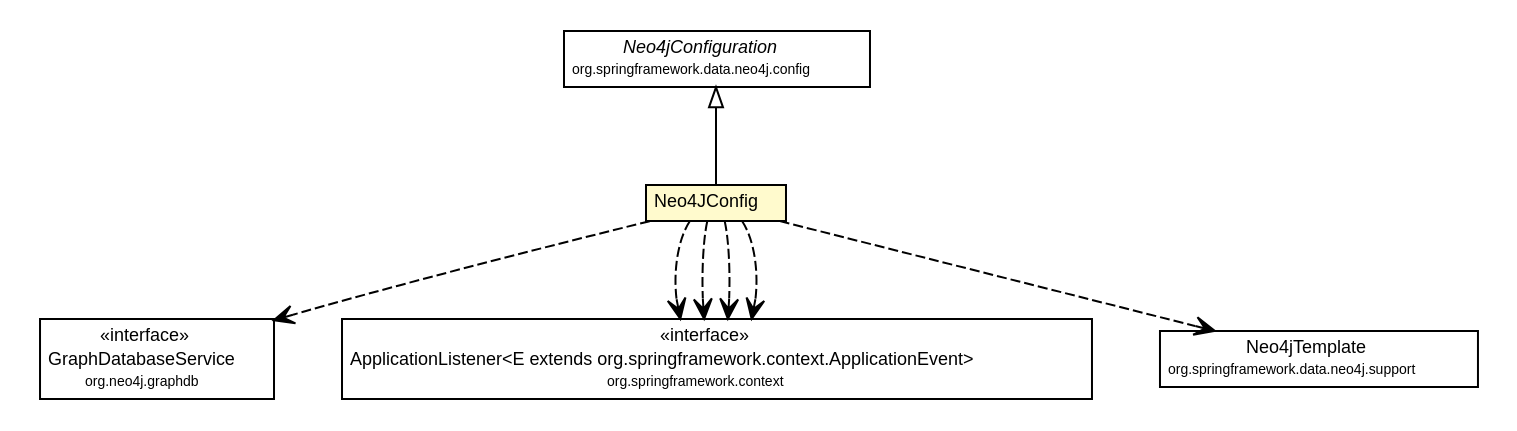
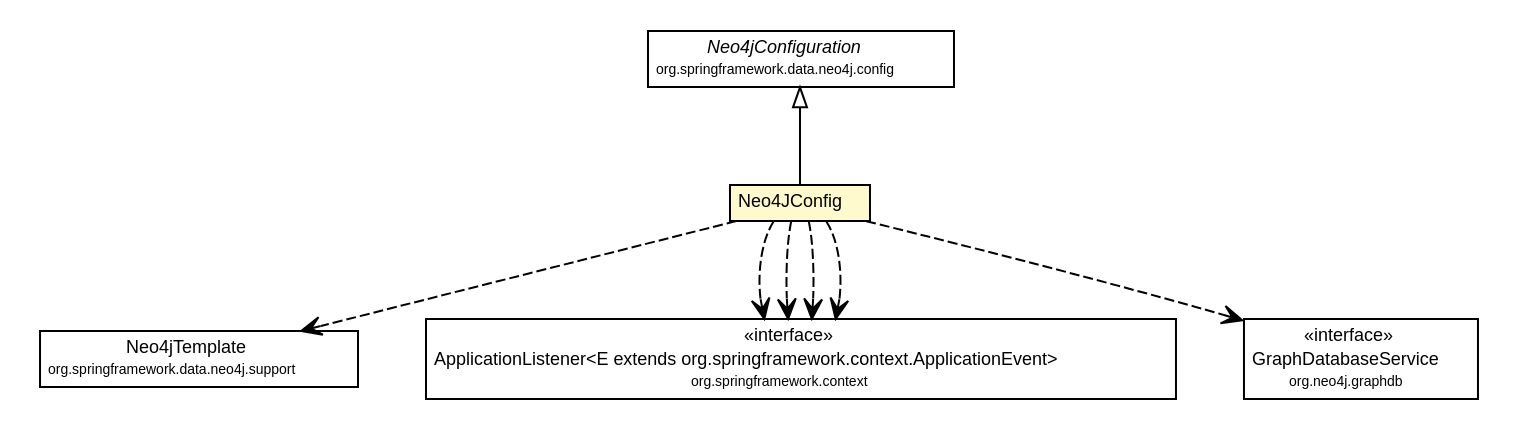
Before and after one commit to willmorejg/net.ljcomputing.ecsr: the diagram in net.ljcomputing.people/docs/javadoc/apidocs/net/ljcomputing/people/config/Neo4JConfig.dot, drawn with Graphviz. The commit also changed 252 other files, not shown here.

```diff
--- a/net.ljcomputing.people/docs/javadoc/apidocs/net/ljcomputing/people/config/Neo4JConfig.dot
+++ b/net.ljcomputing.people/docs/javadoc/apidocs/net/ljcomputing/people/config/Neo4JConfig.dot
@@ -1,62 +1,62 @@
 #!/usr/local/bin/dot
 #
 # Class diagram 
 # Generated by UMLGraph version R5_6 (http://www.umlgraph.org/)
 #
 
 digraph G {
 	edge [fontname="Helvetica",fontsize=10,labelfontname="Helvetica",labelfontsize=10];
 	node [fontname="Helvetica",fontsize=10,shape=plaintext];
 	nodesep=0.25;
 	ranksep=0.5;
 	// net.ljcomputing.people.config.Neo4JConfig
 	c1076 [label=<<table title="net.ljcomputing.people.config.Neo4JConfig" border="0" cellborder="1" cellspacing="0" cellpadding="2" port="p" bgcolor="lemonChiffon" href="./Neo4JConfig.html">
 		<tr><td><table border="0" cellspacing="0" cellpadding="1">
 <tr><td align="center" balign="center"> Neo4JConfig </td></tr>
 		</table></td></tr>
 		</table>>, URL="./Neo4JConfig.html", fontname="Helvetica", fontcolor="black", fontsize=9.0];
 	//net.ljcomputing.people.config.Neo4JConfig extends org.springframework.data.neo4j.config.Neo4jConfiguration
 	c1102:p -> c1076:p [dir=back,arrowtail=empty];
+	// net.ljcomputing.people.config.Neo4JConfig DEPEND org.springframework.data.neo4j.support.Neo4jTemplate
+	c1076:p -> c1127:p [taillabel="", label="", headlabel="", fontname="Helvetica", fontcolor="black", fontsize=10.0, color="black", arrowhead=open, style=dashed];
+	// net.ljcomputing.people.config.Neo4JConfig DEPEND org.springframework.context.ApplicationListener<E extends org.springframework.context.ApplicationEvent>
+	c1076:p -> c1129:p [taillabel="", label="", headlabel="", fontname="Helvetica", fontcolor="black", fontsize=10.0, color="black", arrowhead=open, style=dashed];
+	// net.ljcomputing.people.config.Neo4JConfig DEPEND org.springframework.context.ApplicationListener<E extends org.springframework.context.ApplicationEvent>
+	c1076:p -> c1129:p [taillabel="", label="", headlabel="", fontname="Helvetica", fontcolor="black", fontsize=10.0, color="black", arrowhead=open, style=dashed];
+	// net.ljcomputing.people.config.Neo4JConfig DEPEND org.springframework.context.ApplicationListener<E extends org.springframework.context.ApplicationEvent>
+	c1076:p -> c1129:p [taillabel="", label="", headlabel="", fontname="Helvetica", fontcolor="black", fontsize=10.0, color="black", arrowhead=open, style=dashed];
 	// net.ljcomputing.people.config.Neo4JConfig DEPEND org.neo4j.graphdb.GraphDatabaseService
-	c1076:p -> c1110:p [taillabel="", label="", headlabel="", fontname="Helvetica", fontcolor="black", fontsize=10.0, color="black", arrowhead=open, style=dashed];
-	// net.ljcomputing.people.config.Neo4JConfig DEPEND org.springframework.context.ApplicationListener<E extends org.springframework.context.ApplicationEvent>
-	c1076:p -> c1112:p [taillabel="", label="", headlabel="", fontname="Helvetica", fontcolor="black", fontsize=10.0, color="black", arrowhead=open, style=dashed];
-	// net.ljcomputing.people.config.Neo4JConfig DEPEND org.springframework.context.ApplicationListener<E extends org.springframework.context.ApplicationEvent>
-	c1076:p -> c1112:p [taillabel="", label="", headlabel="", fontname="Helvetica", fontcolor="black", fontsize=10.0, color="black", arrowhead=open, style=dashed];
-	// net.ljcomputing.people.config.Neo4JConfig DEPEND org.springframework.context.ApplicationListener<E extends org.springframework.context.ApplicationEvent>
-	c1076:p -> c1112:p [taillabel="", label="", headlabel="", fontname="Helvetica", fontcolor="black", fontsize=10.0, color="black", arrowhead=open, style=dashed];
-	// net.ljcomputing.people.config.Neo4JConfig DEPEND org.springframework.data.neo4j.support.Neo4jTemplate
 	c1076:p -> c1135:p [taillabel="", label="", headlabel="", fontname="Helvetica", fontcolor="black", fontsize=10.0, color="black", arrowhead=open, style=dashed];
 	// net.ljcomputing.people.config.Neo4JConfig DEPEND org.springframework.context.ApplicationListener<E extends org.springframework.context.ApplicationEvent>
-	c1076:p -> c1112:p [taillabel="", label="", headlabel="", fontname="Helvetica", fontcolor="black", fontsize=10.0, color="black", arrowhead=open, style=dashed];
+	c1076:p -> c1129:p [taillabel="", label="", headlabel="", fontname="Helvetica", fontcolor="black", fontsize=10.0, color="black", arrowhead=open, style=dashed];
+	// org.springframework.data.neo4j.support.Neo4jTemplate
+	c1127 [label=<<table title="org.springframework.data.neo4j.support.Neo4jTemplate" border="0" cellborder="1" cellspacing="0" cellpadding="2" port="p">
+		<tr><td><table border="0" cellspacing="0" cellpadding="1">
+<tr><td align="center" balign="center"> Neo4jTemplate </td></tr>
+<tr><td align="center" balign="center"><font point-size="7.0"> org.springframework.data.neo4j.support </font></td></tr>
+		</table></td></tr>
+		</table>>, URL="null", fontname="Helvetica", fontcolor="black", fontsize=9.0];
 	// org.neo4j.graphdb.GraphDatabaseService
-	c1110 [label=<<table title="org.neo4j.graphdb.GraphDatabaseService" border="0" cellborder="1" cellspacing="0" cellpadding="2" port="p">
+	c1135 [label=<<table title="org.neo4j.graphdb.GraphDatabaseService" border="0" cellborder="1" cellspacing="0" cellpadding="2" port="p">
 		<tr><td><table border="0" cellspacing="0" cellpadding="1">
 <tr><td align="center" balign="center"> &#171;interface&#187; </td></tr>
 <tr><td align="center" balign="center"> GraphDatabaseService </td></tr>
 <tr><td align="center" balign="center"><font point-size="7.0"> org.neo4j.graphdb </font></td></tr>
-		</table></td></tr>
-		</table>>, URL="null", fontname="Helvetica", fontcolor="black", fontsize=9.0];
-	// org.springframework.data.neo4j.support.Neo4jTemplate
-	c1135 [label=<<table title="org.springframework.data.neo4j.support.Neo4jTemplate" border="0" cellborder="1" cellspacing="0" cellpadding="2" port="p">
-		<tr><td><table border="0" cellspacing="0" cellpadding="1">
-<tr><td align="center" balign="center"> Neo4jTemplate </td></tr>
-<tr><td align="center" balign="center"><font point-size="7.0"> org.springframework.data.neo4j.support </font></td></tr>
 		</table></td></tr>
 		</table>>, URL="null", fontname="Helvetica", fontcolor="black", fontsize=9.0];
 	// org.springframework.data.neo4j.config.Neo4jConfiguration
 	c1102 [label=<<table title="org.springframework.data.neo4j.config.Neo4jConfiguration" border="0" cellborder="1" cellspacing="0" cellpadding="2" port="p">
 		<tr><td><table border="0" cellspacing="0" cellpadding="1">
 <tr><td align="center" balign="center"><font face="Helvetica-Oblique"> Neo4jConfiguration </font></td></tr>
 <tr><td align="center" balign="center"><font point-size="7.0"> org.springframework.data.neo4j.config </font></td></tr>
 		</table></td></tr>
 		</table>>, URL="null", fontname="Helvetica", fontcolor="black", fontsize=9.0];
 	// org.springframework.context.ApplicationListener<E extends org.springframework.context.ApplicationEvent>
-	c1112 [label=<<table title="org.springframework.context.ApplicationListener" border="0" cellborder="1" cellspacing="0" cellpadding="2" port="p">
+	c1129 [label=<<table title="org.springframework.context.ApplicationListener" border="0" cellborder="1" cellspacing="0" cellpadding="2" port="p">
 		<tr><td><table border="0" cellspacing="0" cellpadding="1">
 <tr><td align="center" balign="center"> &#171;interface&#187; </td></tr>
 <tr><td align="center" balign="center"> ApplicationListener&lt;E extends org.springframework.context.ApplicationEvent&gt; </td></tr>
 <tr><td align="center" balign="center"><font point-size="7.0"> org.springframework.context </font></td></tr>
 		</table></td></tr>
 		</table>>, URL="null", fontname="Helvetica", fontcolor="black", fontsize=9.0];
 }
```
